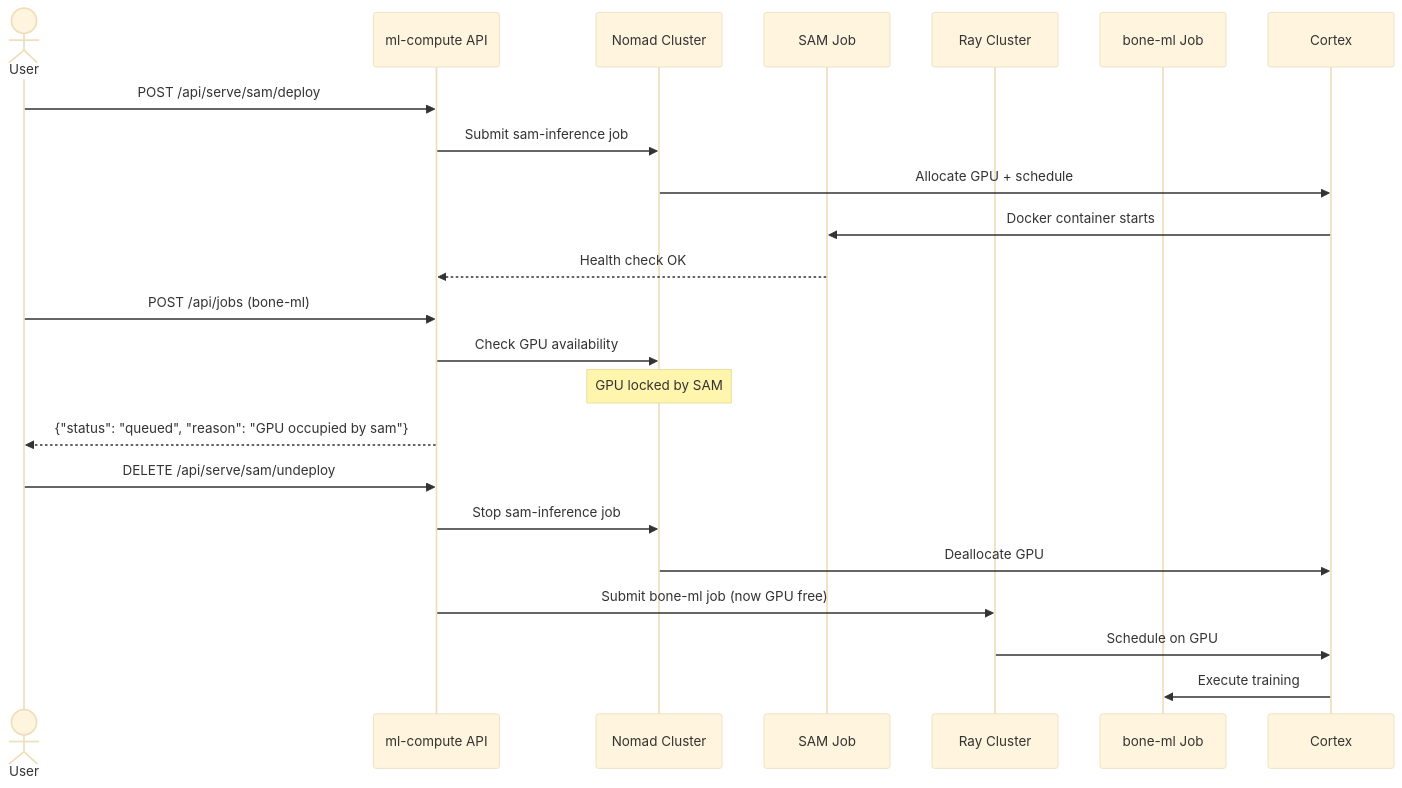
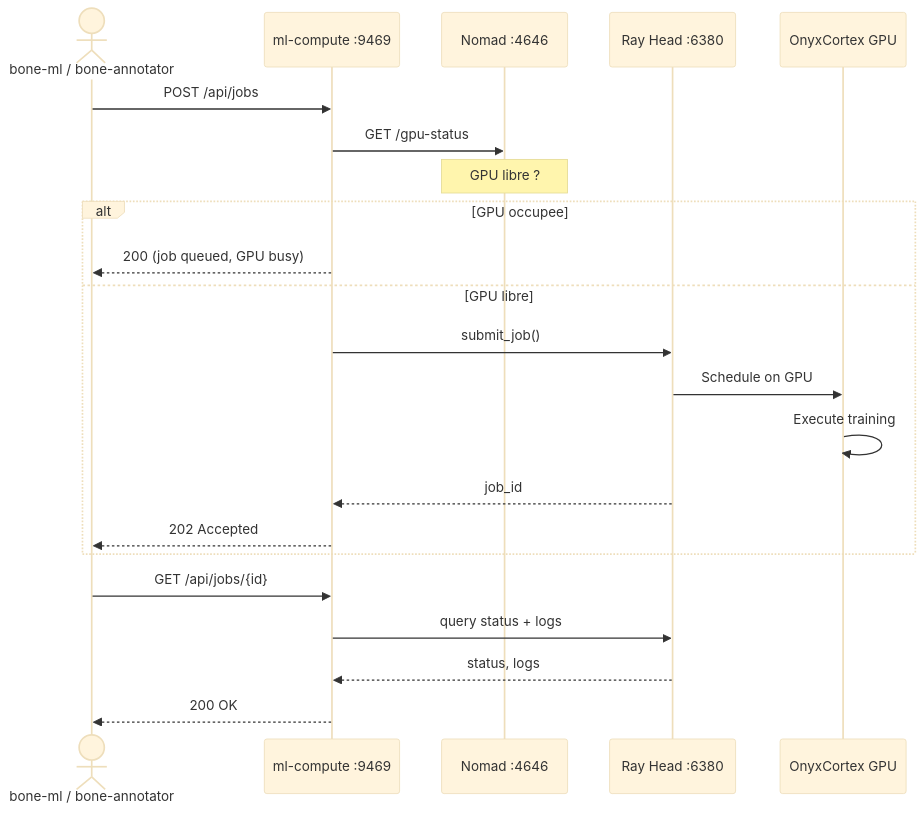
The third of 4 diagrams in DIAGRAM.md (VersoVet/ml-compute), drawn with Mermaid (base theme) before and after one commit. The commit also changed other lines of this file and 3 other files, not shown here.

First line of the commit message:
docs: rewrite MD files — clarify scope, isolate SAM in bone-annotator

````diff
--- a/DIAGRAM.md
+++ b/DIAGRAM.md
@@ -48,28 +87,27 @@
 ```mermaid
 sequenceDiagram
-    actor User
-    participant API as ml-compute API
-    participant Nomad as Nomad Cluster
-    participant SAM as SAM Job
-    participant Ray as Ray Cluster
-    participant Training as bone-ml Job
+    actor Client as bone-ml / bone-annotator
+    participant API as ml-compute :9469
+    participant Nomad as Nomad :4646
+    participant Ray as Ray Head :6380
+    participant Worker as OnyxCortex GPU
 
-    User->>API: POST /api/serve/sam/deploy
-    API->>Nomad: Submit sam-inference job
-    Nomad->>Cortex: Allocate GPU + schedule
-    Cortex->>SAM: Docker container starts
-    SAM-->>API: Health check OK
-    
-    User->>API: POST /api/jobs (bone-ml)
-    API->>Nomad: Check GPU availability
-    Note over Nomad: GPU locked by SAM
-    API-->>User: {"status": "queued", "reason": "GPU occupied by sam"}
-    
-    User->>API: DELETE /api/serve/sam/undeploy
-    API->>Nomad: Stop sam-inference job
-    Nomad->>Cortex: Deallocate GPU
-    
-    API->>Ray: Submit bone-ml job (now GPU free)
-    Ray->>Cortex: Schedule on GPU
-    Cortex->>Training: Execute training
+    Client->>API: POST /api/jobs
+    API->>Nomad: GET /gpu-status
+    Note over Nomad: GPU libre ?
+
+    alt GPU occupee
+        API-->>Client: 200 (job queued, GPU busy)
+    else GPU libre
+        API->>Ray: submit_job()
+        Ray->>Worker: Schedule on GPU
+        Worker->>Worker: Execute training
+        Ray-->>API: job_id
+        API-->>Client: 202 Accepted
+    end
+
+    Client->>API: GET /api/jobs/{id}
+    API->>Ray: query status + logs
+    Ray-->>API: status, logs
+    API-->>Client: 200 OK
 ```
````
